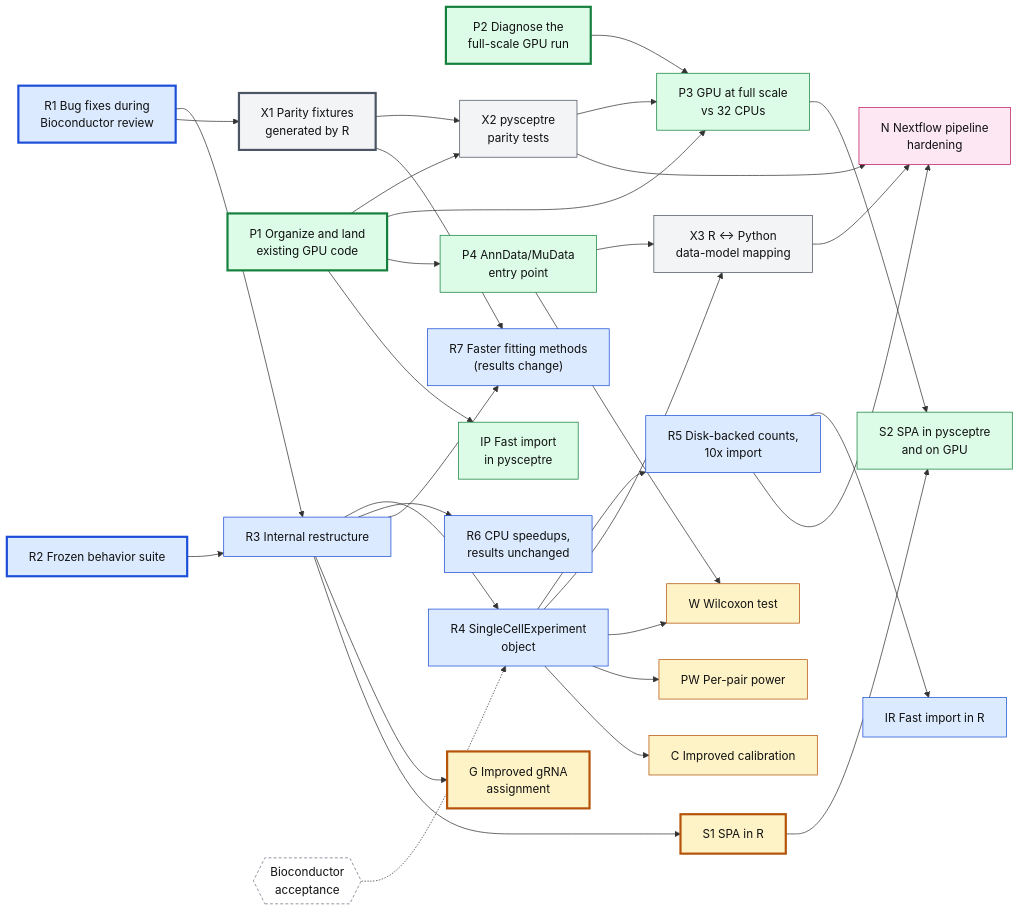
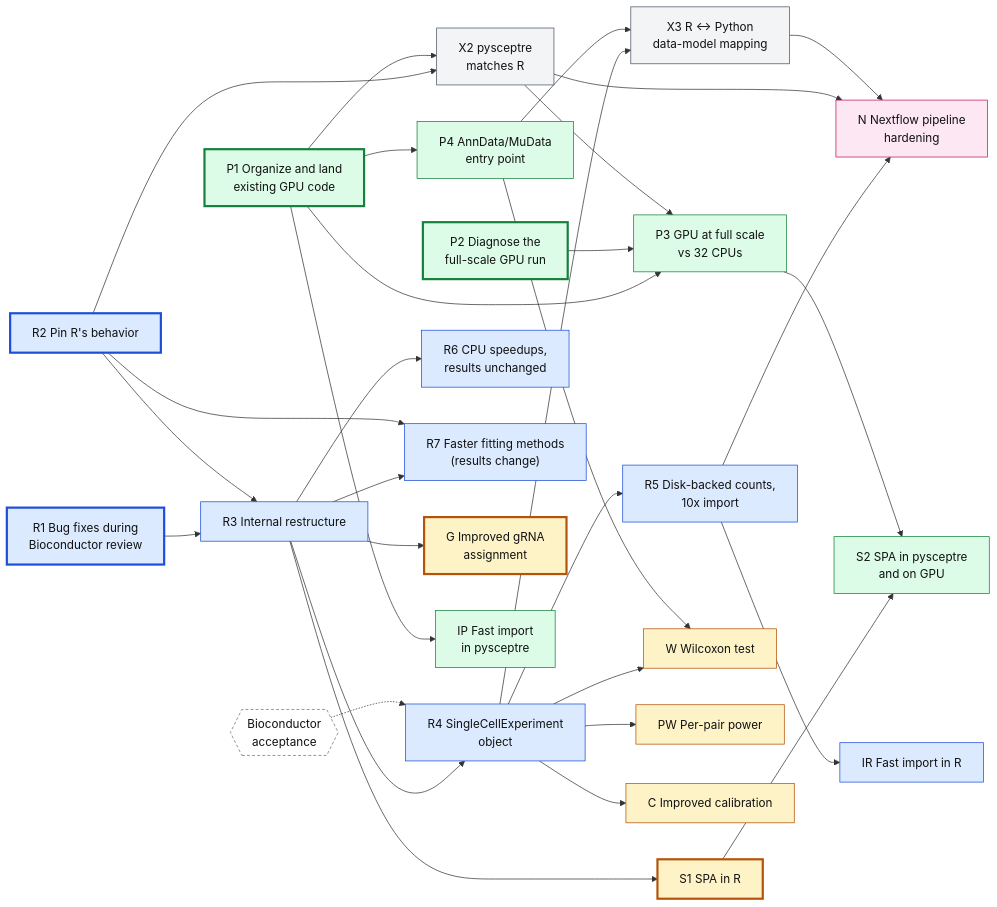
Before and after one commit to Katsevich-Lab/sceptre-hub: the diagram in ROADMAP.md, drawn with Mermaid. The commit also changed other lines of this file, not shown here.

Commit message:
Fold the parity fixtures into pinning R's behavior
R2 now covers both the frozen behavior suite and the language-neutral
parity fixtures with R's stability test, all in the R repo and able to
start now. X2 stays separate in pysceptre, after P1.

````diff
--- a/ROADMAP.md
+++ b/ROADMAP.md
@@ -14,67 +14,65 @@
 ```mermaid
 flowchart LR
   R1["R1 Bug fixes during<br/>Bioconductor review"]:::r
-  R2["R2 Frozen behavior suite"]:::r
-  X1["X1 Parity fixtures<br/>generated by R"]:::shared
+  R2["R2 Pin R's behavior"]:::r
   P1["P1 Organize and land<br/>existing GPU code"]:::py
   P2["P2 Diagnose the<br/>full-scale GPU run"]:::py
   R3["R3 Internal restructure"]:::r
-  X2["X2 pysceptre<br/>parity tests"]:::shared
+  X2["X2 pysceptre<br/>matches R"]:::shared
   P4["P4 AnnData/MuData<br/>entry point"]:::py
   P3["P3 GPU at full scale<br/>vs 32 CPUs"]:::py
   R4["R4 SingleCellExperiment<br/>object"]:::r
   R6["R6 CPU speedups,<br/>results unchanged"]:::r
   R7["R7 Faster fitting methods<br/>(results change)"]:::r
   G["G Improved gRNA<br/>assignment"]:::method
   S1["S1 SPA in R"]:::method
   R5["R5 Disk-backed counts,<br/>10x import"]:::r
   IR["IR Fast import in R"]:::r
   IP["IP Fast import<br/>in pysceptre"]:::py
   X3["X3 R ↔ Python<br/>data-model mapping"]:::shared
   S2["S2 SPA in pysceptre<br/>and on GPU"]:::py
   W["W Wilcoxon test"]:::method
   PW["PW Per-pair power"]:::method
   C["C Improved calibration"]:::method
   N["N Nextflow pipeline<br/>hardening"]:::nf
   BA{{"Bioconductor<br/>acceptance"}}:::gate
 
   R1 --> R3
   R2 --> R3
-  R1 --> X1
-  X1 --> X2
+  R2 --> X2
   P1 --> X2
   P1 --> P3
   P2 --> P3
   X2 --> P3
   P1 --> P4
   R3 --> R4
   BA -.-> R4
   R4 --> R5
   R5 --> IR
   P1 --> IP
   R3 --> R6
   R3 --> R7
-  X1 --> R7
+  R2 --> R7
   R3 --> G
   R3 --> S1
   S1 --> S2
   P3 --> S2
   R4 --> X3
   P4 --> X3
   R4 --> W
   P4 --> W
   R4 --> PW
   R4 --> C
   R5 --> N
   X2 --> N
   X3 --> N
 
   classDef r fill:#dbeafe,stroke:#1d4ed8,color:#111
   classDef py fill:#dcfce7,stroke:#15803d,color:#111
   classDef shared fill:#f3f4f6,stroke:#4b5563,color:#111
   classDef method fill:#fef3c7,stroke:#b45309,color:#111
   classDef nf fill:#fce7f3,stroke:#be185d,color:#111
   classDef gate fill:#fff,stroke:#6b7280,stroke-dasharray:4 3,color:#111
   classDef now stroke-width:3px
-  class R1,R2,X1,P1,P2,G,S1 now
+  class R1,R2,P1,P2,G,S1 now
 ```
````
